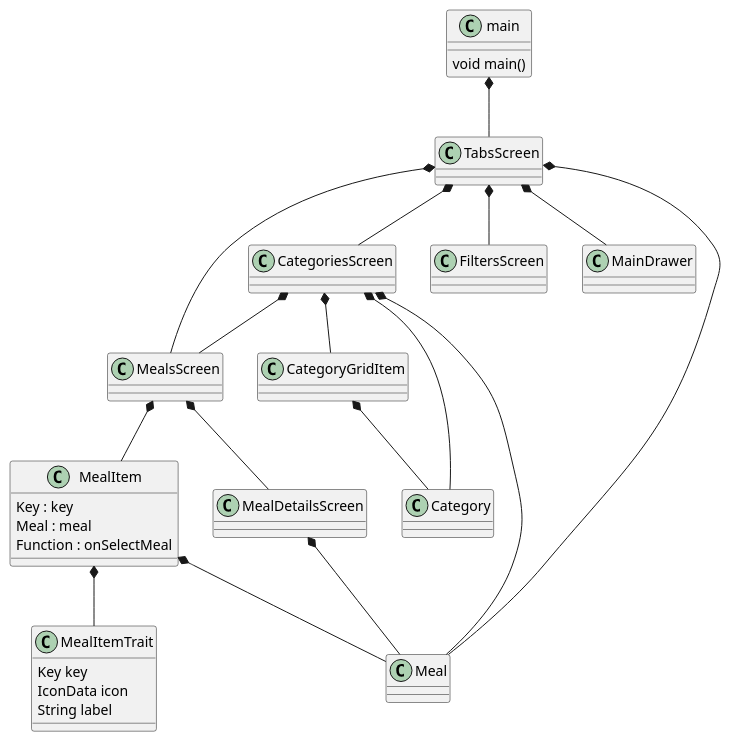
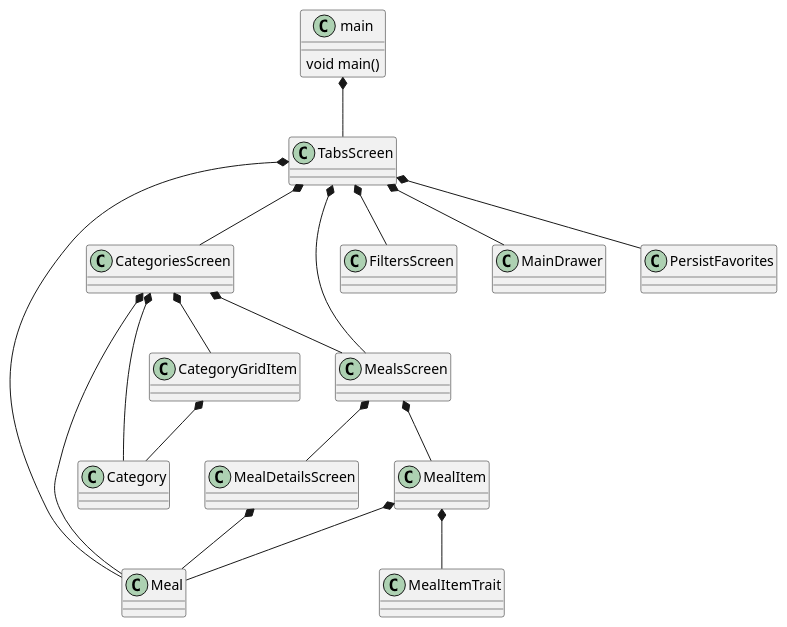
One commit to ThomasFSynnes/Meals_App changed the diagram in classdiagram.puml. Above: the diagram before and after it, drawn with PlantUML. The commit also changed 5 other files, not shown here.

Commit message:
update classdiagram

```diff
--- a/classdiagram.puml
+++ b/classdiagram.puml
@@ -1,51 +1,30 @@
 @startuml
 
 class main {
     void main()
 }
-
-class CategoriesScreen{}
-class TabsScreen{}
-class MealsScreen{}
-class FiltersScreen{}
-class MealDetailsScreen{}
-
-class MealItem {
-    Key : key
-    Meal : meal
-    Function : onSelectMeal
-}
-class MealItemTrait {
-    Key key
-    IconData icon
-    String label
-}
-class MainDrawer{}
-class CategoryGridItem{}
-
-class Meal{}
-class Category{}
 
 main *-- TabsScreen
 
 TabsScreen *-- CategoriesScreen
 TabsScreen *-- FiltersScreen
 TabsScreen *-- MealsScreen
 TabsScreen *-- MainDrawer
 TabsScreen *-- Meal
+TabsScreen *-- PersistFavorites
 
 CategoriesScreen *-- Meal
 CategoriesScreen *-- CategoryGridItem
 CategoriesScreen *-- MealsScreen
 CategoriesScreen *-- Category
 
 MealsScreen *-- MealDetailsScreen
 MealsScreen *-- MealItem
 
 MealDetailsScreen *-- Meal
 
 MealItem *-- MealItemTrait
 MealItem *-- Meal
 
 CategoryGridItem *-- Category
 @enduml
```
